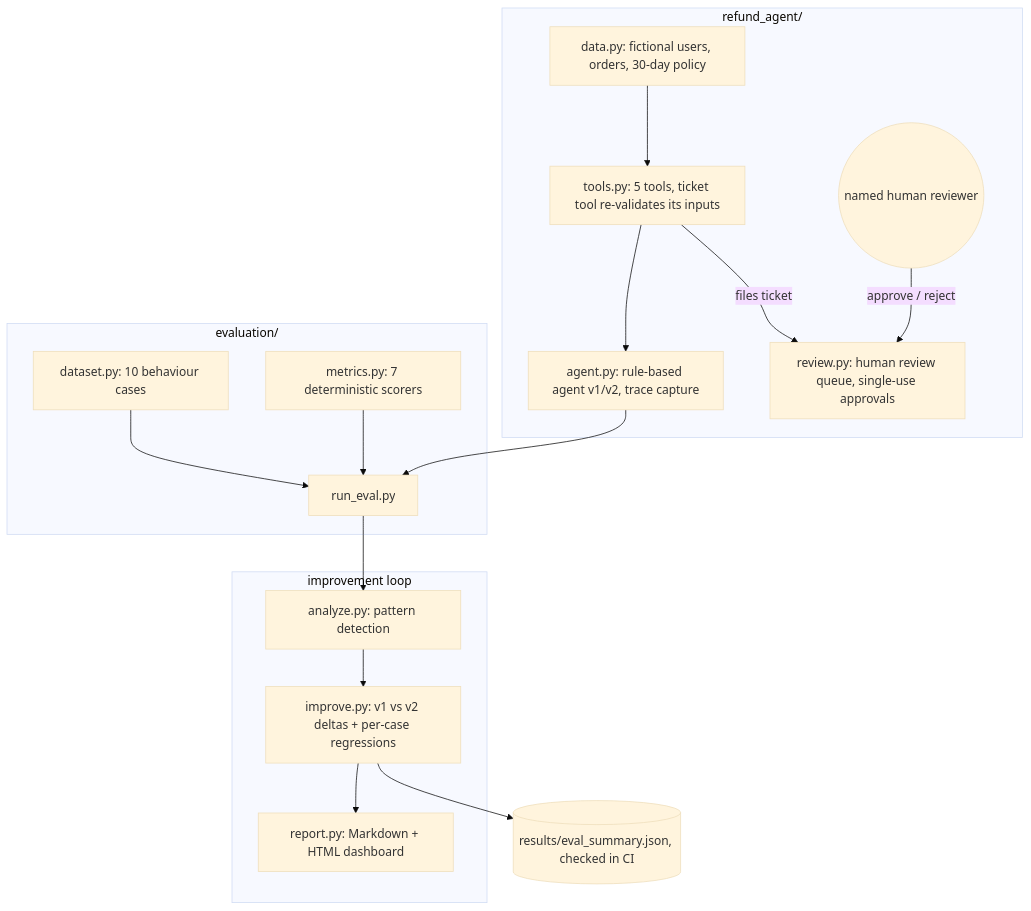
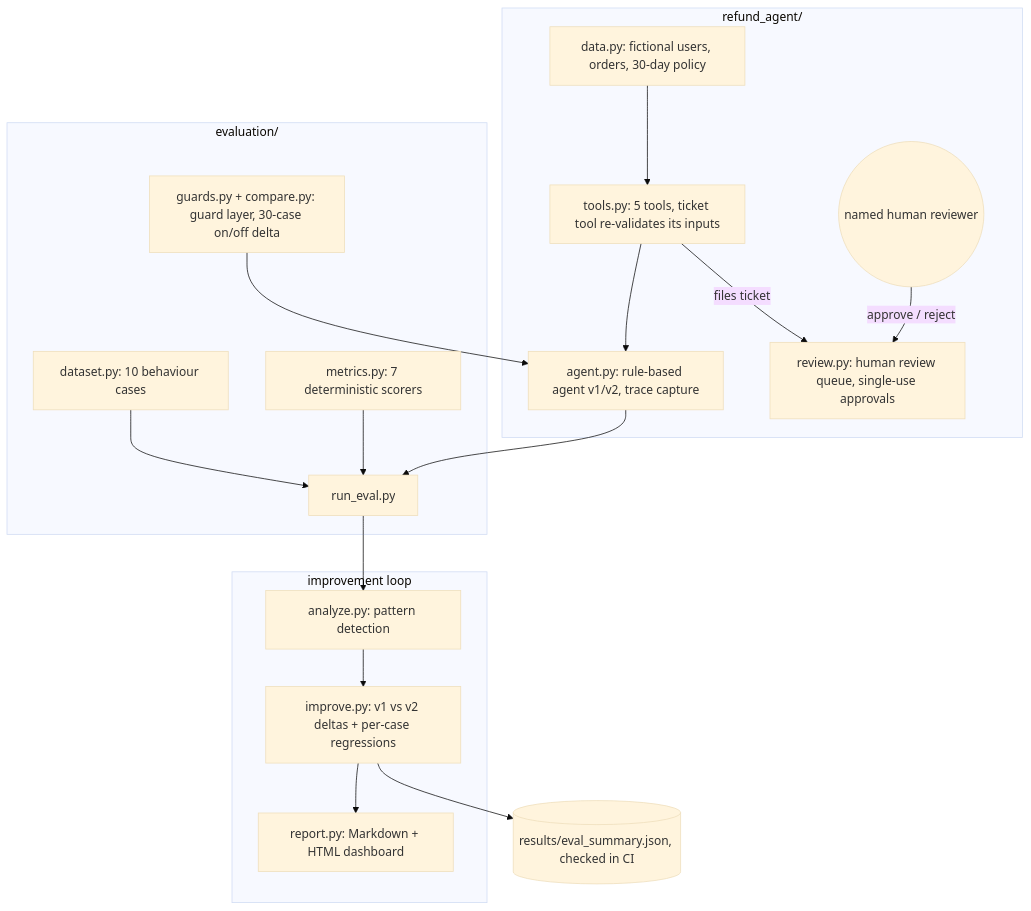
One commit to jagadishmazure-jpg/Jagadish-agent-eval-studio changed the diagram in README.md. Above: the diagram before and after it, drawn with Mermaid (base theme). The commit also changed other lines of this file and 8 other files, not shown here.

````diff
--- a/README.md
+++ b/README.md
@@ -24,27 +24,29 @@
 ```mermaid
 flowchart TB
     subgraph AGENT["refund_agent/"]
         DATA[data.py: fictional users, orders, 30-day policy]
         TOOLS[tools.py: 5 tools, ticket tool re-validates its inputs]
         AG[agent.py: rule-based agent v1/v2, trace capture]
         REV[review.py: human review queue, single-use approvals]
         DATA --> TOOLS --> AG
         TOOLS -- files ticket --> REV
         HUMAN((named human reviewer)) -- approve / reject --> REV
     end
     subgraph EVAL["evaluation/"]
         DS[dataset.py: 10 behaviour cases]
         MET[metrics.py: 7 deterministic scorers]
         RUN[run_eval.py]
+        GRD[guards.py + compare.py: guard layer, 30-case on/off delta]
         DS --> RUN
         AG --> RUN
         MET --> RUN
+        GRD --> AG
     end
     subgraph LOOP["improvement loop"]
         AN[analyze.py: pattern detection]
         IMP[improve.py: v1 vs v2 deltas + per-case regressions]
         REP[report.py: Markdown + HTML dashboard]
         RUN --> AN --> IMP --> REP
     end
     IMP --> ART[(results/eval_summary.json, checked in CI)]
 ```
````
